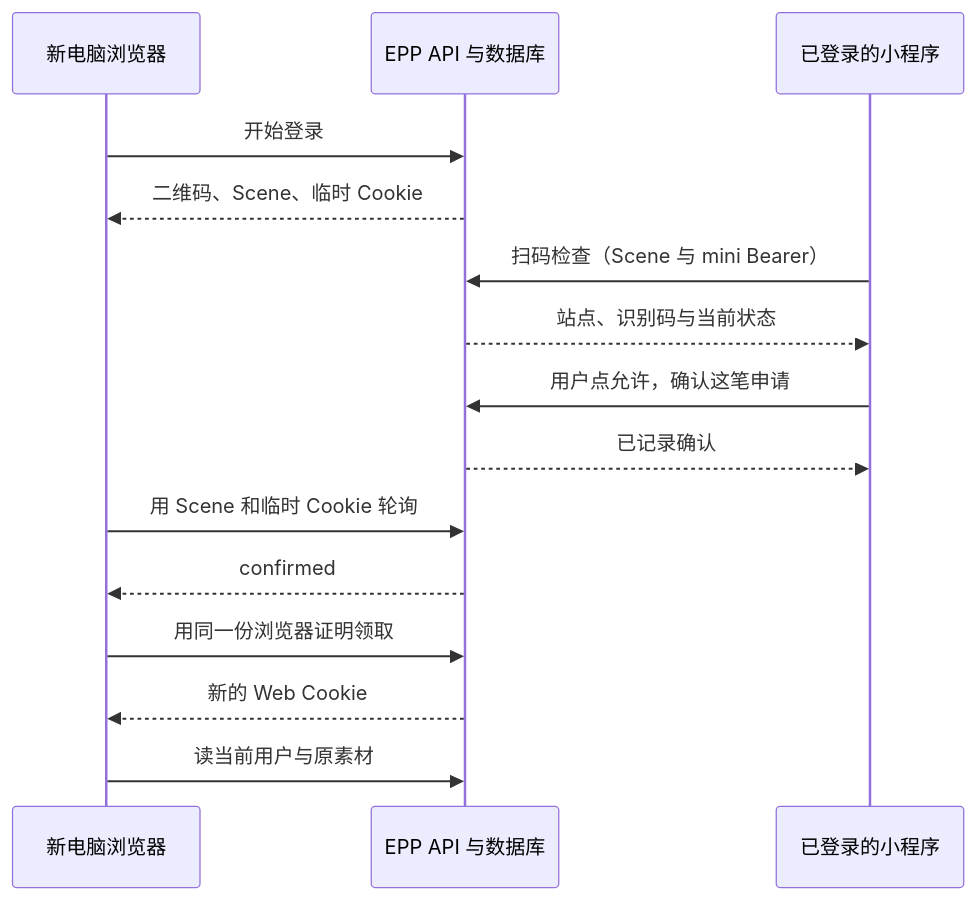
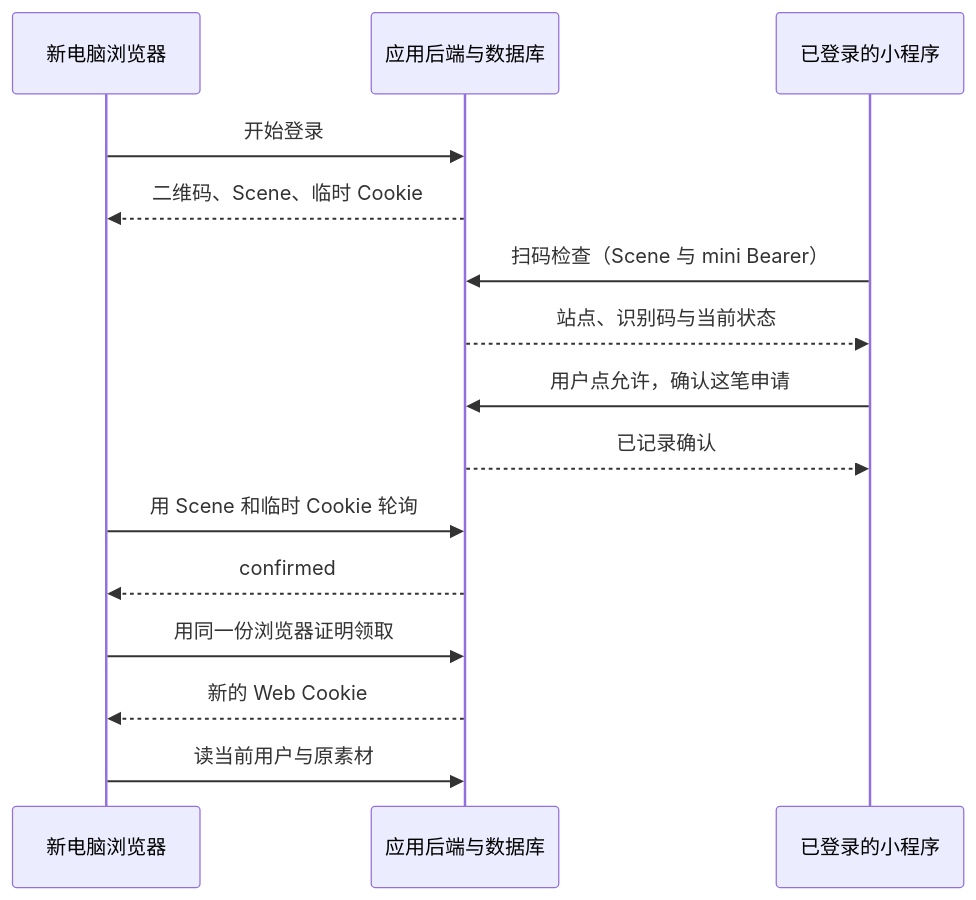
The diagram in part-05-identity/chapter-47-mini-confirm/chapter.md (SamChowRock/EPP-Book), drawn with Mermaid before and after one commit. The commit also changed other lines of this file and 83 other files, not shown here.

````diff
--- a/part-05-identity/chapter-47-mini-confirm/chapter.md
+++ b/part-05-identity/chapter-47-mini-confirm/chapter.md
@@ -13,17 +13,17 @@
 ```mermaid
 sequenceDiagram
     participant B as 新电脑浏览器
-    participant E as EPP API 与数据库
+    participant E as 应用后端与数据库
     participant M as 已登录的小程序
     B->>E: 开始登录
     E-->>B: 二维码、Scene、临时 Cookie
     M->>E: 扫码检查（Scene 与 mini Bearer）
     E-->>M: 站点、识别码与当前状态
     M->>E: 用户点允许，确认这笔申请
     E-->>M: 已记录确认
     B->>E: 用 Scene 和临时 Cookie 轮询
     E-->>B: confirmed
     B->>E: 用同一份浏览器证明领取
     E-->>B: 新的 Web Cookie
     B->>E: 读当前用户与原素材
 ```
````
